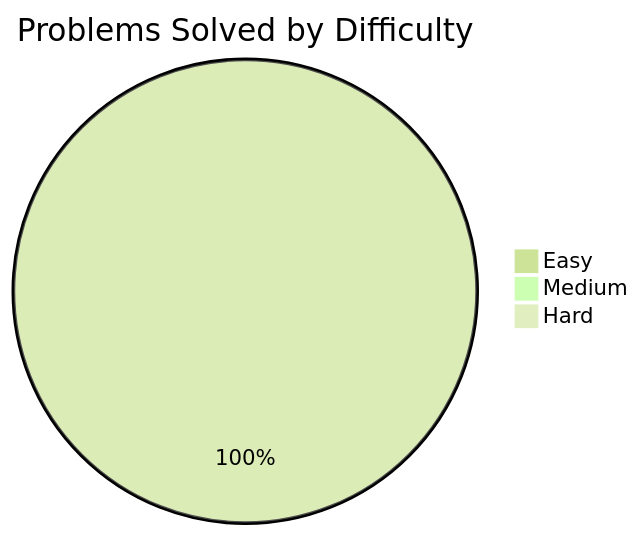
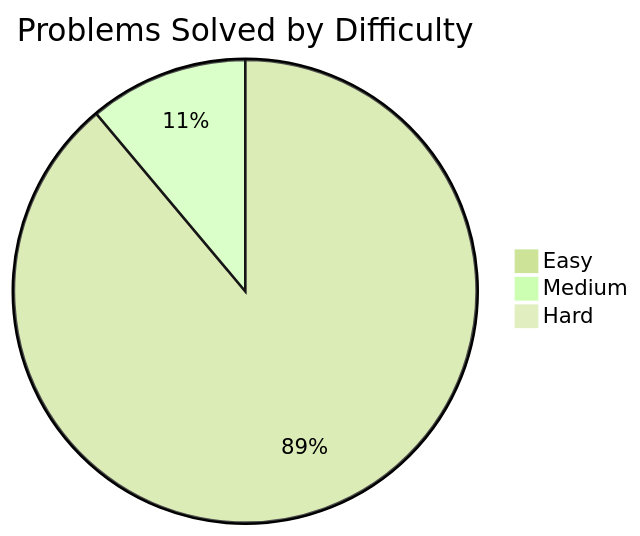
Before and after one commit to xiaotwu/LeetPy: the diagram in README.md, drawn with Mermaid (forest theme). The commit also changed other lines of this file and 6 other files, not shown here.

Commit message:
Update README and add new solutions for easy and medium problems

````diff
--- a/README.md
+++ b/README.md
@@ -23,6 +23,6 @@
 ```mermaid
 pie title Problems Solved by Difficulty
-    "Easy" : 7
-    "Medium" : 0
+    "Easy" : 8
+    "Medium" : 1
     "Hard" : 0
 ```
````
